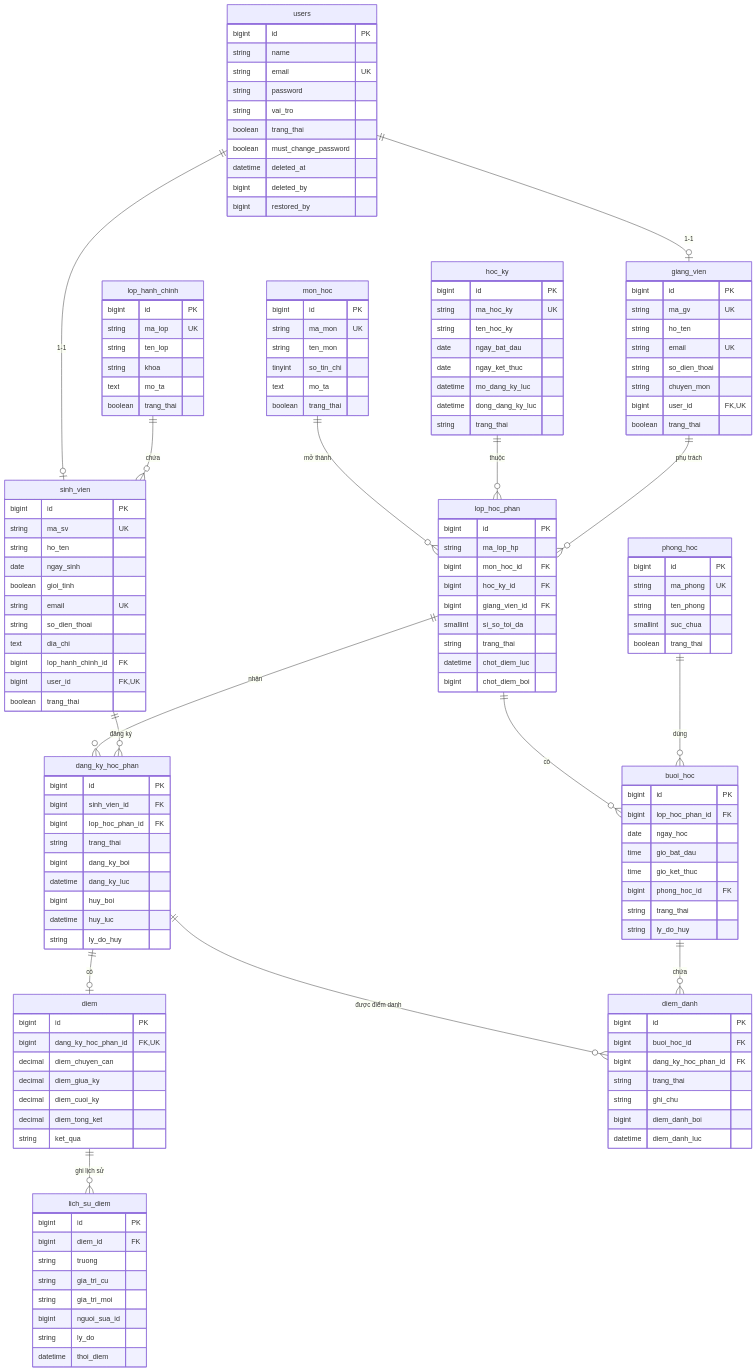
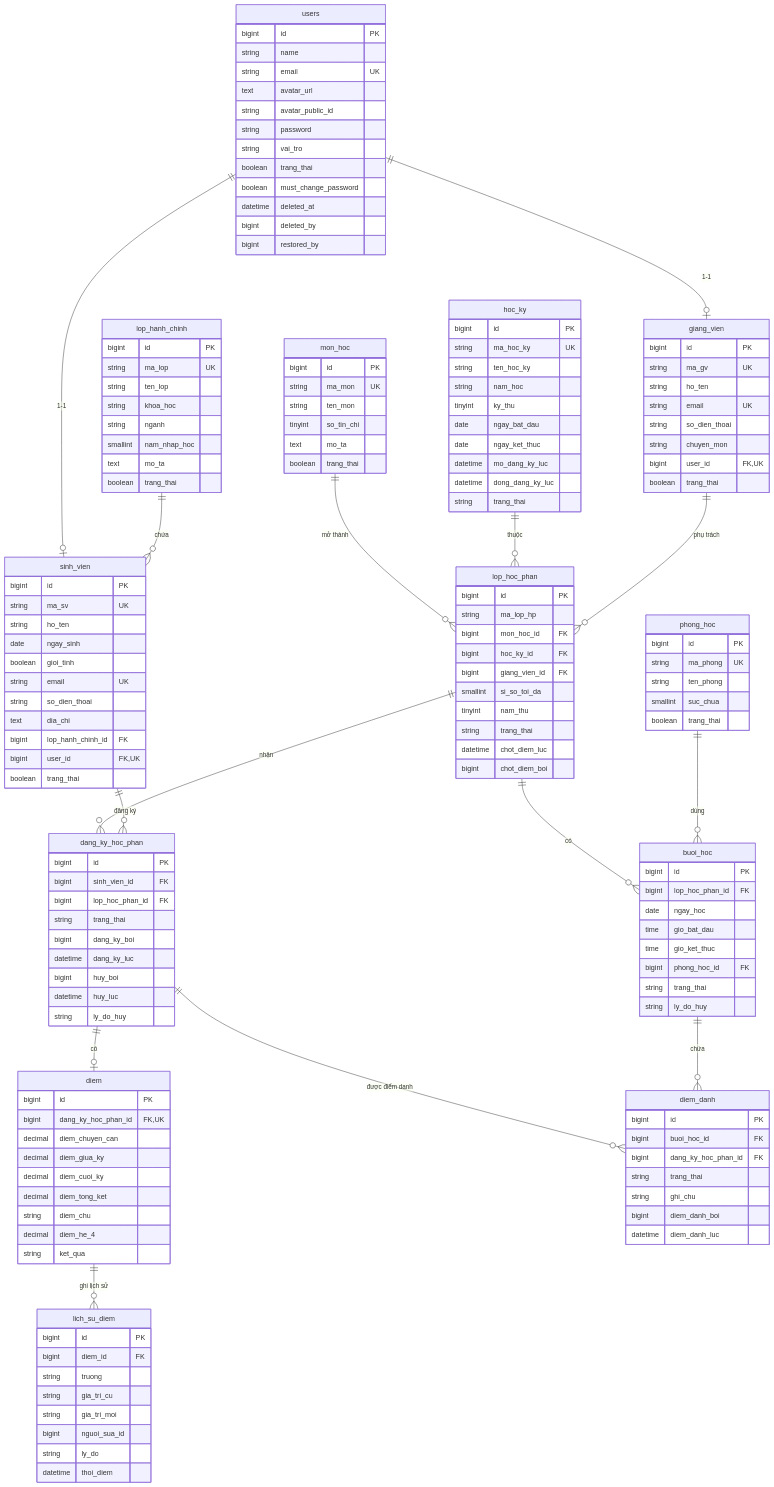
The diagram in docs/03-data-model.md (Binhhihi-lang/Web_QLLH), drawn with Mermaid before and after one commit. The commit also changed other lines of this file and 52 other files, not shown here.

```diff
--- a/docs/03-data-model.md
+++ b/docs/03-data-model.md
@@ -29,6 +29,8 @@
         bigint id PK
         string name
         string email UK
+        text avatar_url
+        string avatar_public_id
         string password
         string vai_tro
         boolean trang_thai
@@ -64,7 +66,9 @@
         bigint id PK
         string ma_lop UK
         string ten_lop
-        string khoa
+        string khoa_hoc
+        string nganh
+        smallint nam_nhap_hoc
         text mo_ta
         boolean trang_thai
     }
@@ -80,6 +84,8 @@
         bigint id PK
         string ma_hoc_ky UK
         string ten_hoc_ky
+        string nam_hoc
+        tinyint ky_thu
         date ngay_bat_dau
         date ngay_ket_thuc
         datetime mo_dang_ky_luc
@@ -100,6 +106,7 @@
         bigint hoc_ky_id FK
         bigint giang_vien_id FK
         smallint si_so_toi_da
+        tinyint nam_thu
         string trang_thai
         datetime chot_diem_luc
         bigint chot_diem_boi
@@ -141,6 +148,8 @@
         decimal diem_giua_ky
         decimal diem_cuoi_ky
         decimal diem_tong_ket
+        string diem_chu
+        decimal diem_he_4
         string ket_qua
     }
     lich_su_diem {
```
